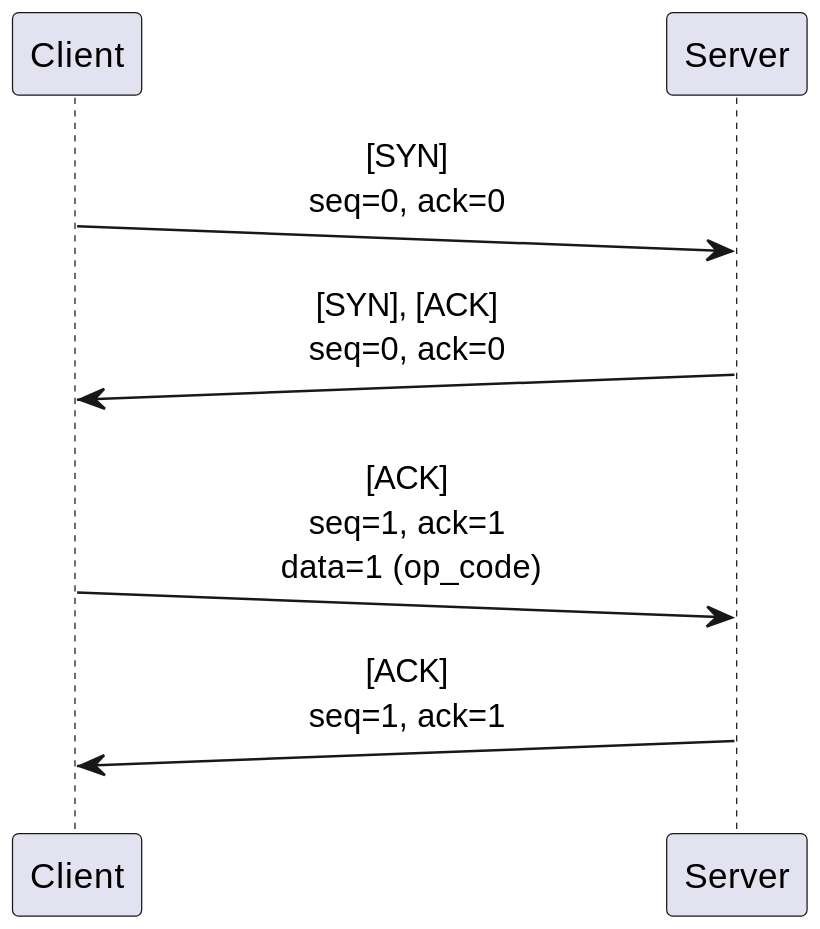
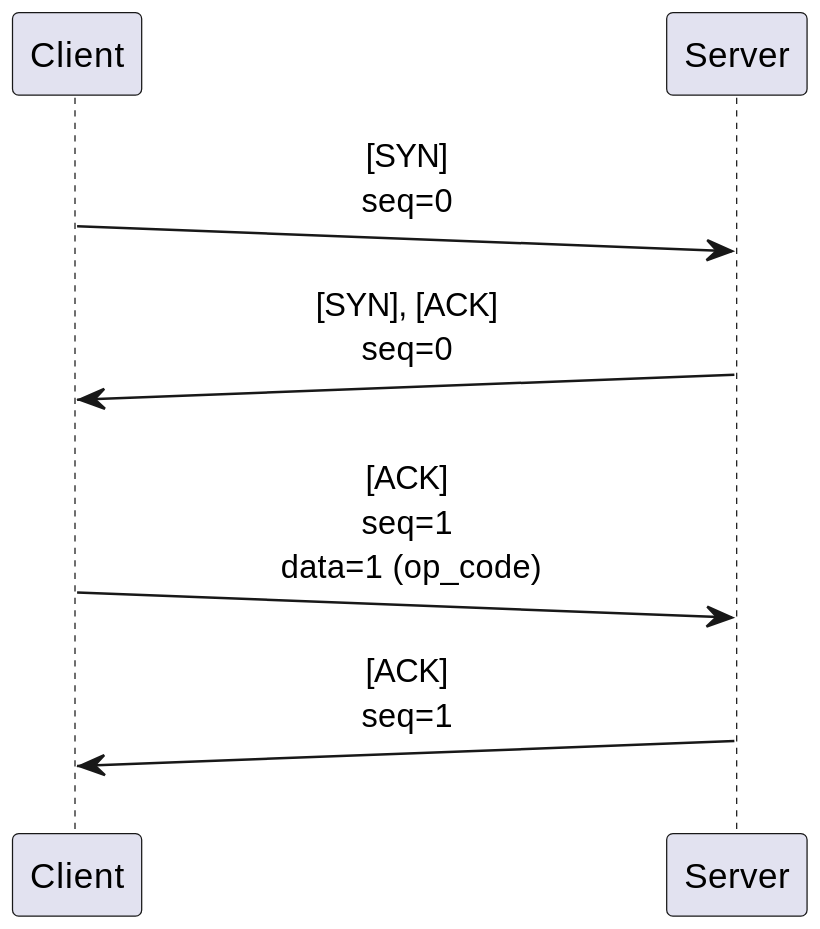
The first of 7 diagrams in informe.org (TheUDPs/TP1-Redes), drawn with PlantUML before and after one commit. The commit also changed other lines of this file and 7 other files, not shown here.

```diff
--- a/informe.org
+++ b/informe.org
@@ -147,16 +147,16 @@
 #+BEGIN_SRC plantuml :file docs/imgs/connection-handshake.png :exports results
 @startuml
 skinparam sequenceMessageAlign center
 skinparam ParticipantPadding 100
 scale 2.0
 participant Client
 participant Server
 
-Client ->(10) Server : [SYN]\nseq=0, ack=0
-Server ->(10) Client : [SYN], [ACK]\nseq=0, ack=0
+Client ->(10) Server : [SYN]\nseq=0
+Server ->(10) Client : [SYN], [ACK]\nseq=0
 
-Client ->(10) Server : [ACK]\nseq=1, ack=1\n data=1 (op_code)
-Server ->(10) Client : [ACK]\nseq=1, ack=1
+Client ->(10) Server : [ACK]\nseq=1\n data=1 (op_code)
+Server ->(10) Client : [ACK]\nseq=1
 
 @enduml
 #+END_SRC
```
